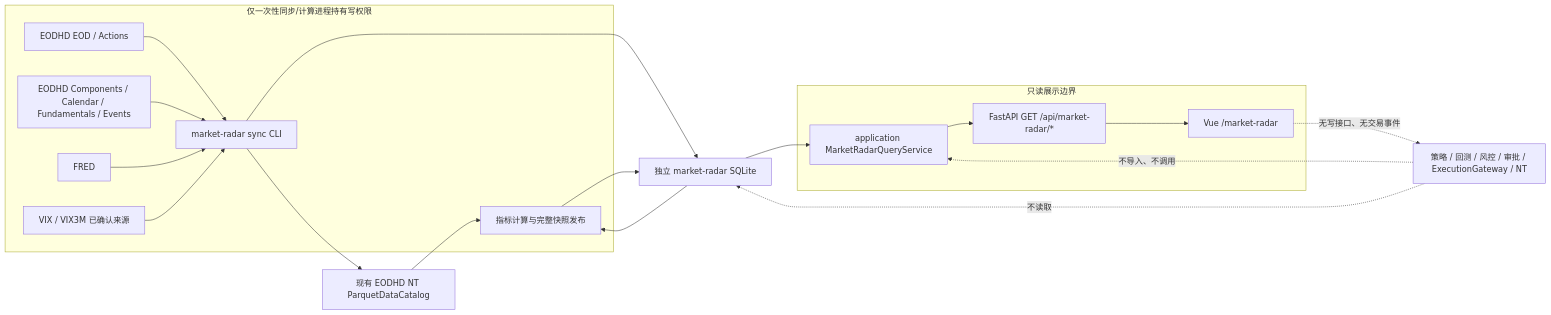
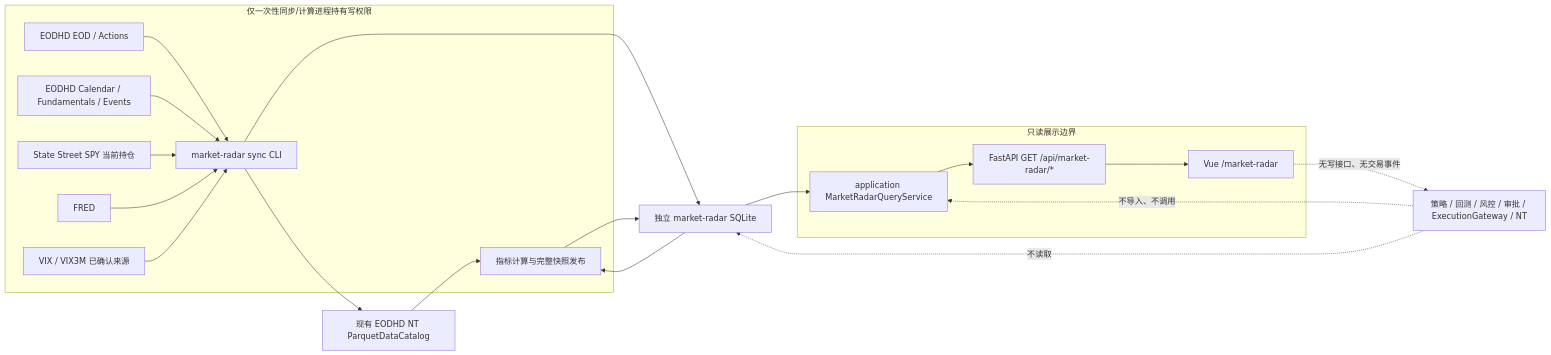
One commit to wwbotww/HeyBoss-trading-assistant changed the diagram in docs/market-radar-implementation-plan.md. Above: the diagram before and after it, drawn with Mermaid. The commit also changed other lines of this file and 63 other files, not shown here.

````diff
--- a/docs/market-radar-implementation-plan.md
+++ b/docs/market-radar-implementation-plan.md
@@ -87,36 +87,38 @@
 ```mermaid
 flowchart LR
     subgraph WRITERS[仅一次性同步/计算进程持有写权限]
         EOD[EODHD EOD / Actions]
-        EXT[EODHD Components / Calendar / Fundamentals / Events]
+        EXT[EODHD Calendar / Fundamentals / Events]
+        HOLDINGS[State Street SPY 当前持仓]
         FRED[FRED]
         VOL[VIX / VIX3M 已确认来源]
         SYNC[market-radar sync CLI]
         CALC[指标计算与完整快照发布]
     end
 
     CATALOG[现有 EODHD NT ParquetDataCatalog]
     MDB[独立 market-radar SQLite]
 
     subgraph READONLY[只读展示边界]
         APP[application MarketRadarQueryService]
         API[FastAPI GET /api/market-radar/*]
         UI[Vue /market-radar]
     end
 
     EOD --> SYNC
     EXT --> SYNC
+    HOLDINGS --> SYNC
     FRED --> SYNC
     VOL --> SYNC
     SYNC --> CATALOG
     SYNC --> MDB
     CATALOG --> CALC
     MDB --> CALC
     CALC --> MDB
     MDB --> APP --> API --> UI
 
     CORE[策略 / 回测 / 风控 / 审批 / ExecutionGateway / NT]
     CORE -. 不导入、不调用 .-> APP
     CORE -. 不读取 .-> MDB
     UI -. 无写接口、无交易事件 .-> CORE
 ```
````
